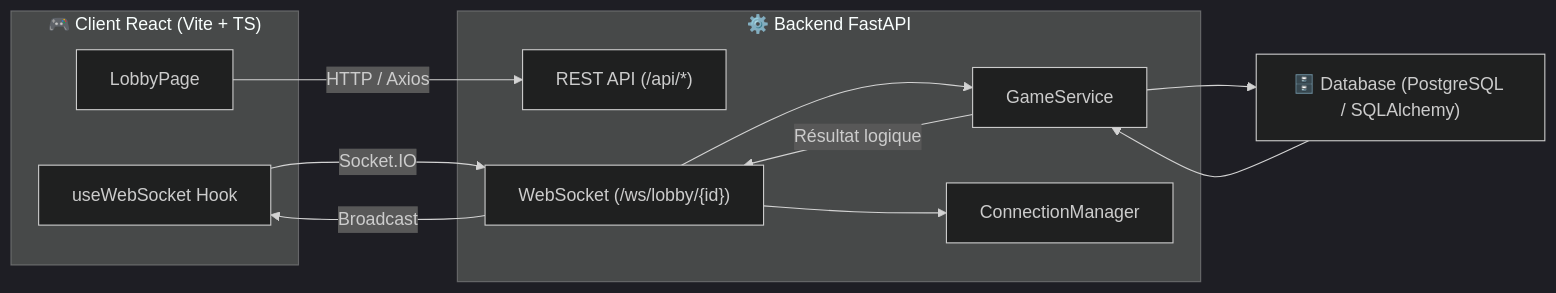
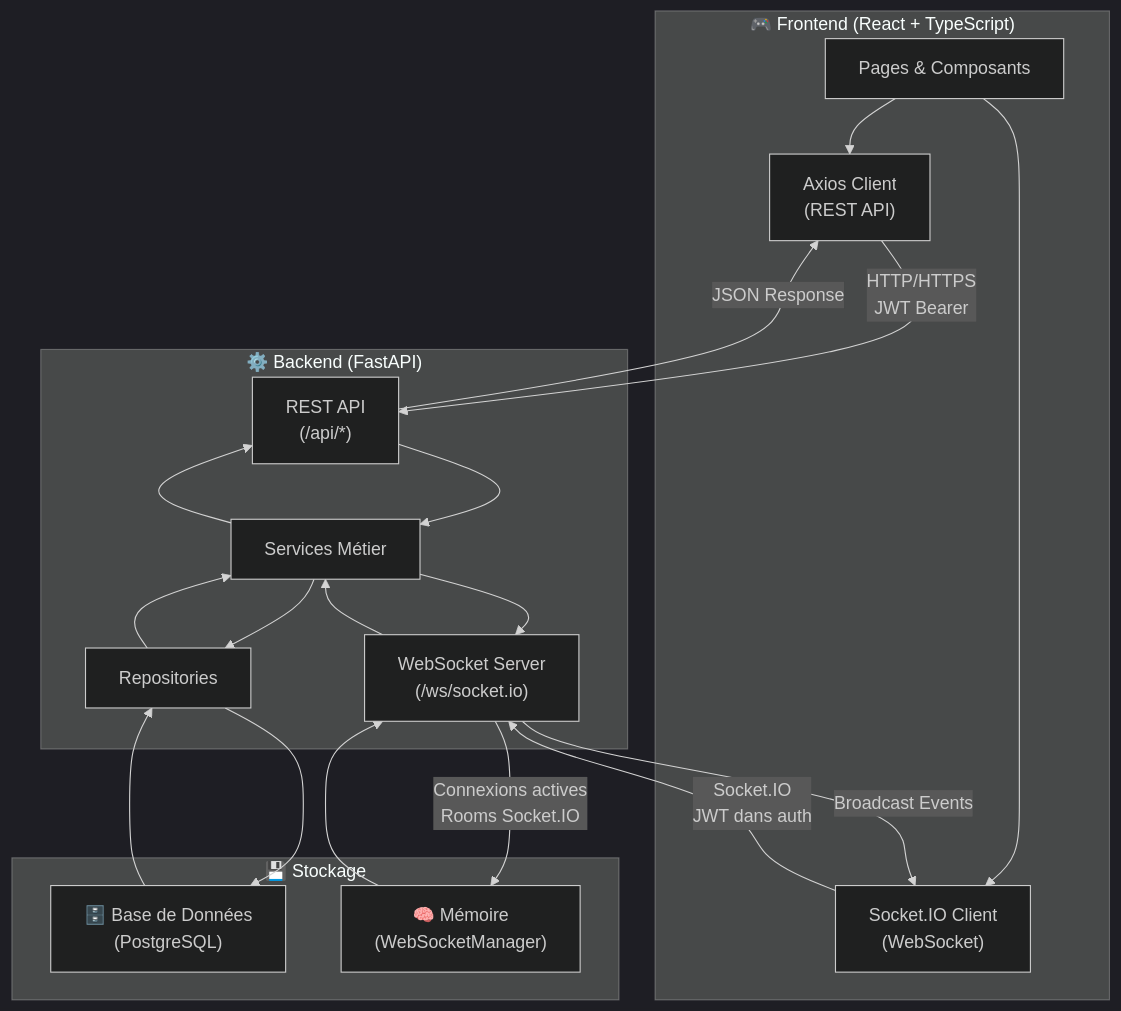
One commit to rlossec/shadow-role changed the diagram in docs/overview/communication.md. Above: the diagram before and after it, drawn with Mermaid (dark theme). The commit also changed other lines of this file and 11 other files, not shown here.

````diff
--- a/docs/overview/communication.md
+++ b/docs/overview/communication.md
@@ -10,25 +12,37 @@
 ```mermaid
-flowchart LR
-subgraph Frontend["🎮 Client React (Vite + TS)"]
-    A1["LobbyPage"]
-    A2["useWebSocket Hook"]
-end
+flowchart TB
+    subgraph Frontend["🎮 Frontend (React + TypeScript)"]
+        A1["Pages & Composants"]
+        A2["Axios Client<br/>(REST API)"]
+        A3["Socket.IO Client<br/>(WebSocket)"]
+    end
 
-subgraph Backend["⚙️ Backend FastAPI"]
-    B1["REST API (/api/*)"]
-    B2["WebSocket (/ws/lobby/{id})"]
-    B3["GameService"]
-    B4["ConnectionManager"]
-end
+    subgraph Backend["⚙️ Backend (FastAPI)"]
+        B1["REST API<br/>(/api/*)"]
+        B2["WebSocket Server<br/>(/ws/socket.io)"]
+        B3["Services Métier"]
+        B4["Repositories"]
+    end
 
-DB["🗄️ Database (PostgreSQL / SQLAlchemy)"]
+    subgraph Storage["💾 Stockage"]
+        DB["🗄️ Base de Données<br/>(PostgreSQL)"]
+        MEM["🧠 Mémoire<br/>(WebSocketManager)"]
+    end
 
-A1 -->|HTTP / Axios| B1
-A2 -->|Socket.IO| B2
-B2 --> B3
-B2 --> B4
-B3 --> DB
-DB --> B3
-B3 -->|Résultat logique| B2
-B2 -->|Broadcast| A2
+    A1 --> A2
+    A1 --> A3
+    A2 -->|HTTP/HTTPS<br/>JWT Bearer| B1
+    A3 -->|Socket.IO<br/>JWT dans auth| B2
+    B1 --> B3
+    B2 --> B3
+    B3 --> B4
+    B4 --> DB
+    DB --> B4
+    B4 --> B3
+    B3 --> B1
+    B3 --> B2
+    B2 -->|Connexions actives<br/>Rooms Socket.IO| MEM
+    MEM --> B2
+    B2 -->|Broadcast Events| A3
+    B1 -->|JSON Response| A2
 ```
````
